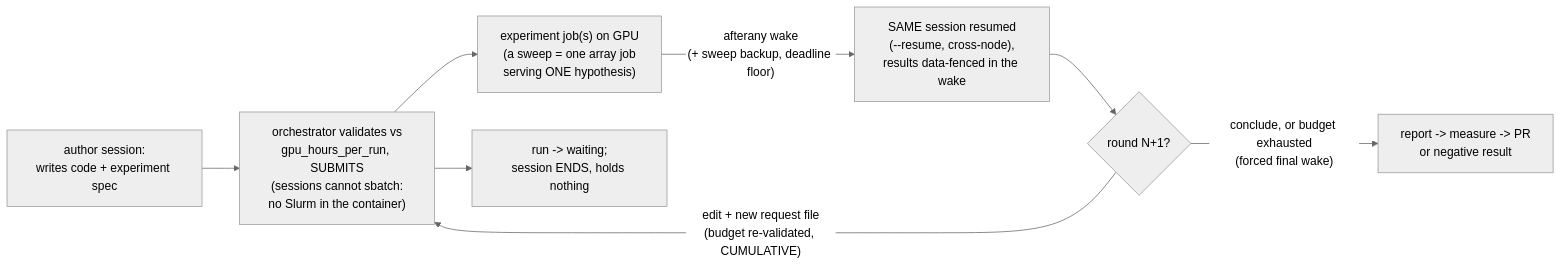
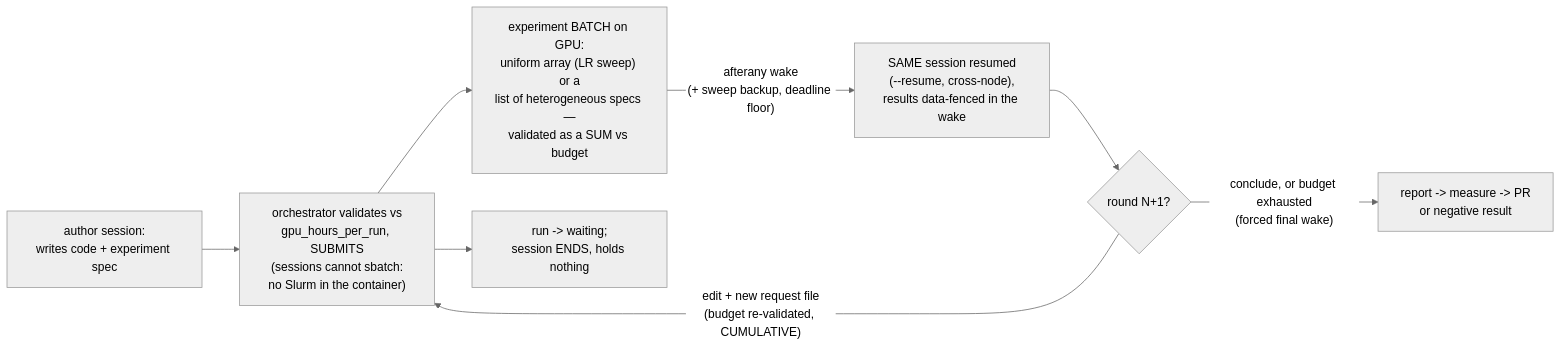
The second of 4 diagrams in docs/design/roles.md (outerloop-science/outerloop), drawn with Mermaid (neutral theme) before and after one commit. The commit also changed other lines of this file, not shown here.

First line of the commit message:
roles.md: experiment requests are BATCHES, budget-bounded not structure-bounded

````diff
--- a/docs/design/roles.md
+++ b/docs/design/roles.md
@@ -87,10 +87,10 @@
 ```mermaid
 flowchart LR
     A["author session:<br/>writes code + experiment spec"] --> O["orchestrator validates vs<br/>gpu_hours_per_run, SUBMITS<br/>(sessions cannot sbatch:<br/>no Slurm in the container)"]
-    O --> X["experiment job(s) on GPU<br/>(a sweep = one array job<br/>serving ONE hypothesis)"]
+    O --> X["experiment BATCH on GPU:<br/>uniform array (LR sweep) or a<br/>list of heterogeneous specs —<br/>validated as a SUM vs budget"]
     O --> WT["run -> waiting;<br/>session ENDS, holds nothing"]
     X -->|"afterany wake<br/>(+ sweep backup, deadline floor)"| RES["SAME session resumed<br/>(--resume, cross-node),<br/>results data-fenced in the wake"]
     RES --> NEXT{"round N+1?"}
     NEXT -->|"edit + new request file<br/>(budget re-validated, CUMULATIVE)"| O
     NEXT -->|"conclude, or budget exhausted<br/>(forced final wake)"| DONE["report -> measure -> PR<br/>or negative result"]
 ```
````
